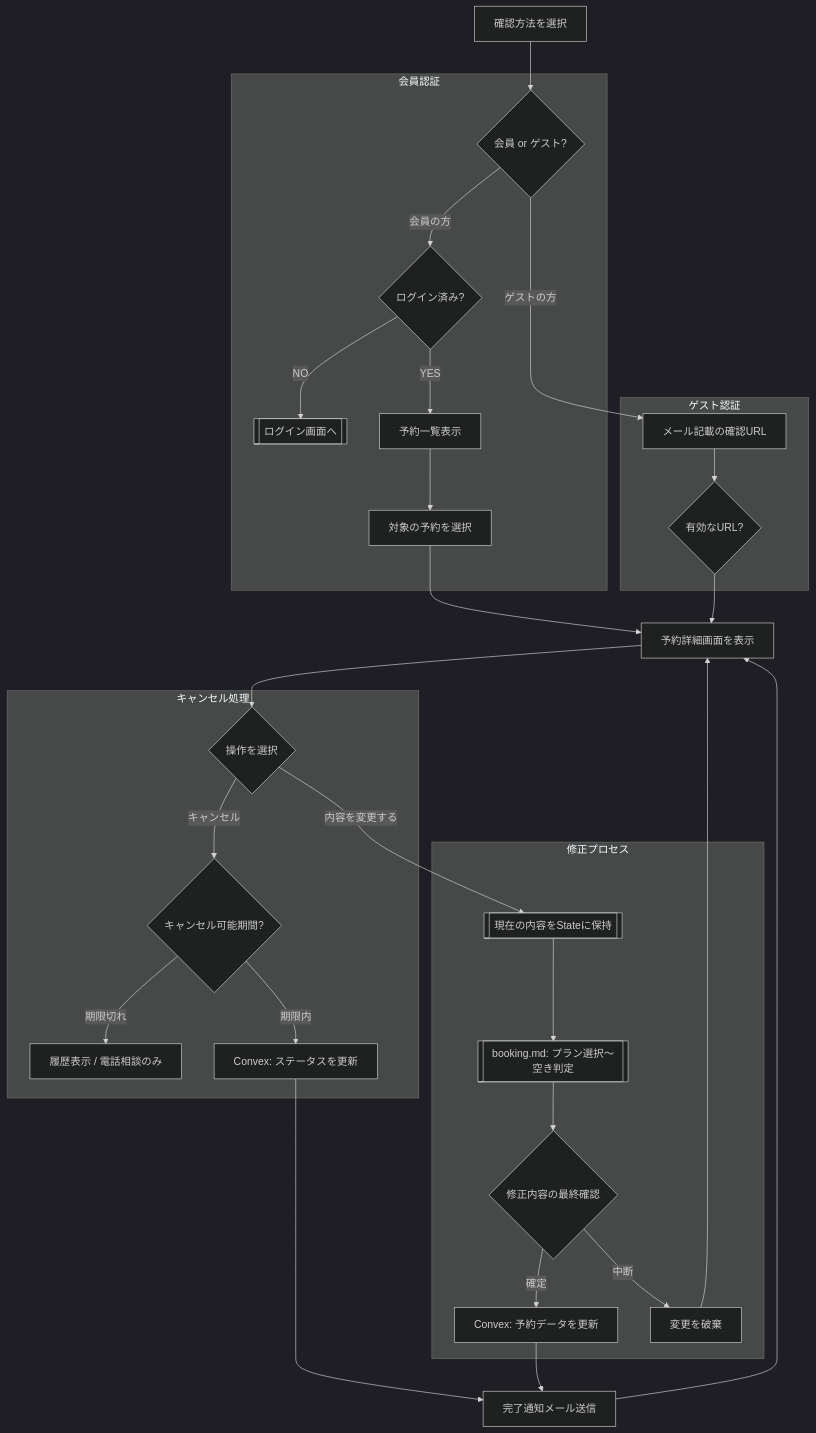
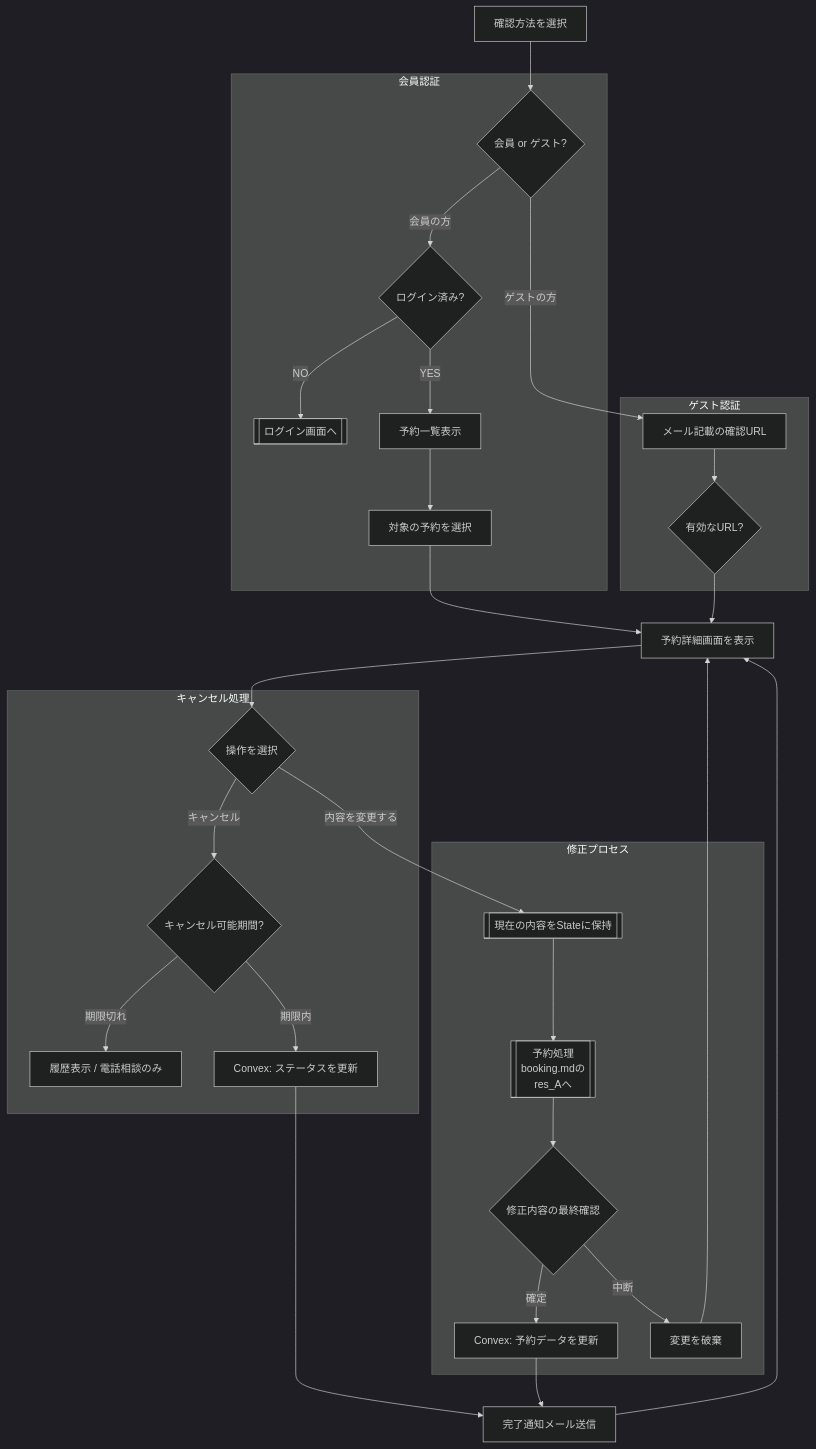
The diagram in src/content/docs/functional-design/customer/manage-booking.md (reflenge/mobipita-docs), drawn with Mermaid (dark theme) before and after one commit. The commit also changed 2 other files, not shown here.

Commit message:
追加：決済フロー

````diff
--- a/src/content/docs/functional-design/customer/manage-booking.md
+++ b/src/content/docs/functional-design/customer/manage-booking.md
@@ -18,49 +18,49 @@
 ```mermaid
 flowchart TD
 
 %% --- 1. 入り口と認証 ---
 entry_A[確認方法を選択] --> entry_B{会員 or ゲスト?}
 
 subgraph member_logic [会員認証]
     entry_B -->|会員の方| member_auth{ログイン済み?}
     member_auth -->|NO| member_login[[ログイン画面へ]]
     member_auth -->|YES| member_list[予約一覧表示]
     member_list --> member_select[対象の予約を選択]
 end
 
 subgraph guest_logic [ゲスト認証]
     entry_B -->|ゲストの方| guest_A[メール記載の確認URL]
     guest_A --> guest_B{有効なURL?}
 end
 
 member_select & guest_B --> common_view[予約詳細画面を表示]
 
 %% --- 2. 予約詳細からのアクション分岐 ---
 common_view --> action_check{操作を選択}
 
 %% --- 3. キャンセルルート ---
 subgraph cancel_logic [キャンセル処理]
     action_check -->|キャンセル| check_A{キャンセル可能期間?}
     check_A -->|期限切れ| cancel_limit[履歴表示 / 電話相談のみ]
     check_A -->|期限内| cancel_exec[Convex: ステータスを更新]
 end
 
 %% --- 4. 予約修正ルート（booking.md のロジックを再利用） ---
 action_check -->|内容を変更する| edit_init[[現在の内容をStateに保持]]
 
 subgraph edit_subroutine [修正プロセス]
-    edit_init --> booking_logic[[booking.md: プラン選択〜空き判定]]
+    edit_init --> booking_logic[[予約処理<br>booking.mdの<br>res_Aへ]]
     
     %% 修正特有のバリデーション
     booking_logic --> edit_verify{修正内容の最終確認}
     edit_verify -->|確定| edit_save[Convex: 予約データを更新]
     edit_verify -->|中断| edit_rollback[変更を破棄]
 end
 
 %% --- 5. 完了・戻り導線 ---
 cancel_exec --> mail[完了通知メール送信]
 edit_rollback --> common_view
 edit_save --> mail[完了通知メール送信]
 mail --> common_view
 
 ```
````
